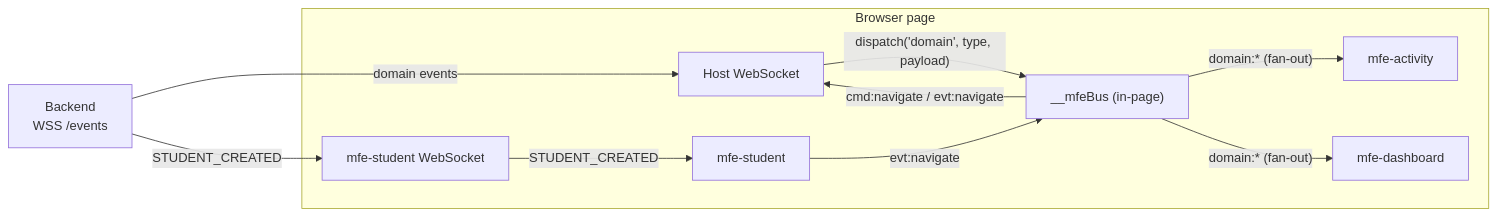
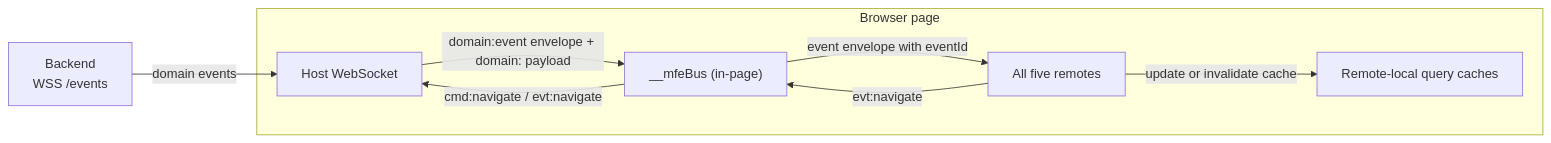
Before and after one commit to fidelis27/mfe-communication: the third of 5 diagrams in docs/architecture.md, drawn with Mermaid. The commit also changed other lines of this file and 54 other files, not shown here.

First line of the commit message:
feat(frontend): migrate remotes to TanStack Query (#97)

````diff
--- a/docs/architecture.md
+++ b/docs/architecture.md
@@ -80,22 +89,17 @@
 ```mermaid
 flowchart LR
     api["Backend<br/>WSS /events"]
 
     subgraph page["Browser page"]
         hostws["Host WebSocket"]
-        studentws["mfe-student WebSocket"]
         pagebus["__mfeBus (in-page)"]
-        a["mfe-activity"]
-        d["mfe-dashboard"]
-        s["mfe-student"]
-        hostws -- "dispatch('domain', type, payload)" --> pagebus
-        pagebus -- "domain:* (fan-out)" --> a
-        pagebus -- "domain:* (fan-out)" --> d
-        studentws -- "STUDENT_CREATED" --> s
-        s -- "evt:navigate" --> pagebus
+        remotes["All five remotes"]
+        hostws -- "domain:event envelope + domain:<type> payload" --> pagebus
+        pagebus -- "event envelope with eventId" --> remotes
+        remotes -- "update or invalidate cache" --> queryCache["Remote-local query caches"]
+        remotes -- "evt:navigate" --> pagebus
         pagebus -- "cmd:navigate / evt:navigate" --> hostws
     end
 
     api -- "domain events" --> hostws
-    api -- "STUDENT_CREATED" --> studentws
 ```
````
